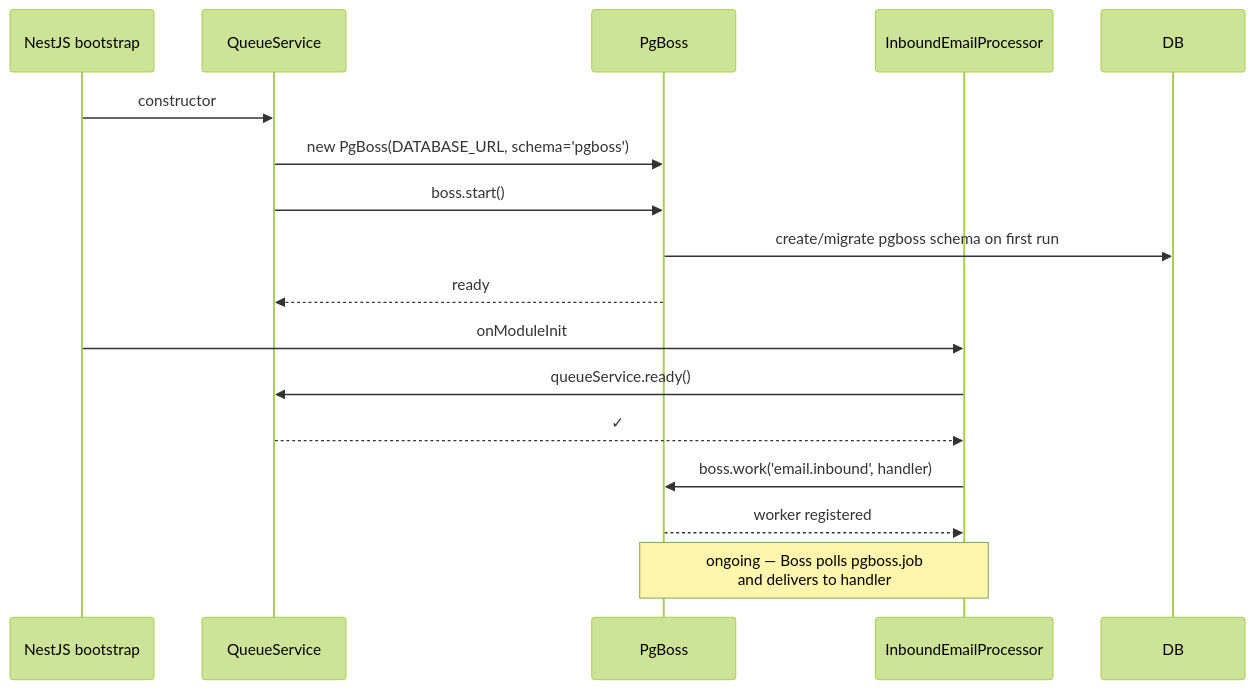
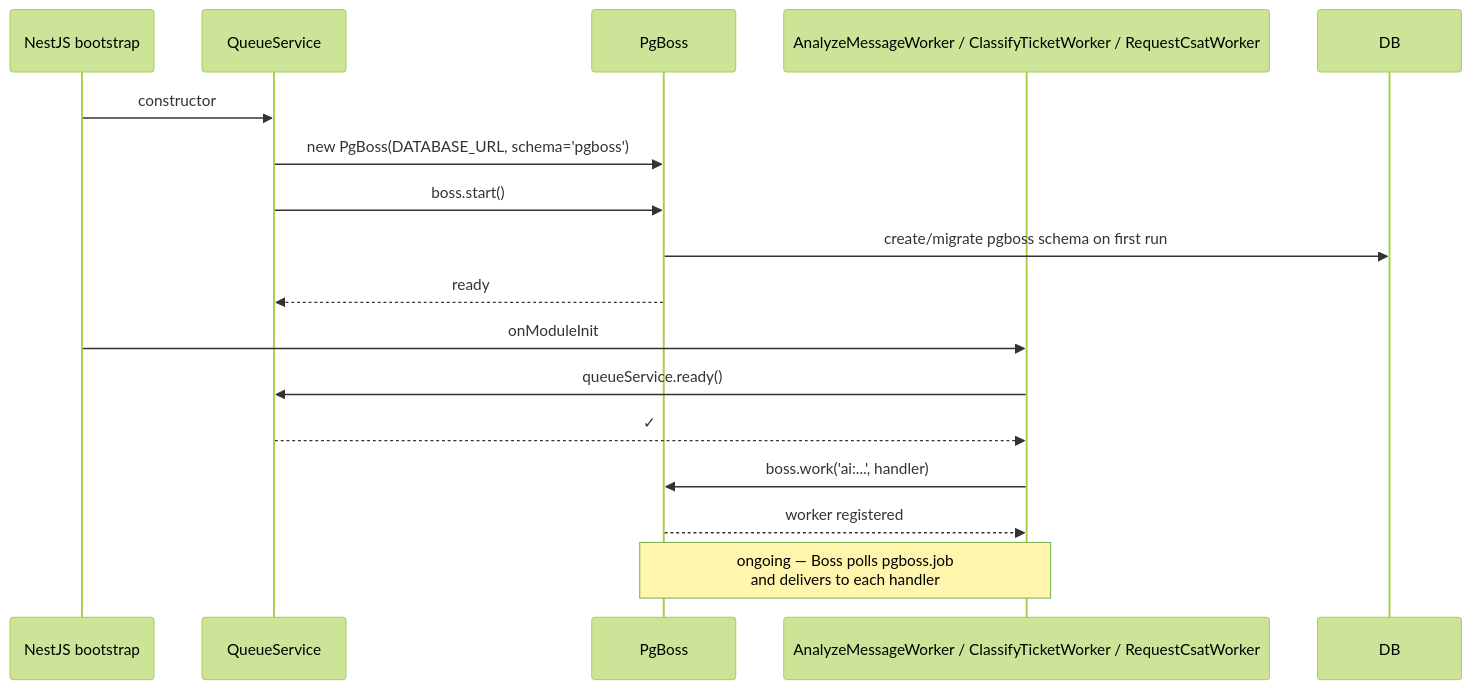
One commit to Vignesh-Siva96/tmr_athena changed the diagram in docs/atlas/queue.md. Above: the diagram before and after it, drawn with Mermaid (forest theme). The commit also changed other lines of this file and 164 other files, not shown here.

````diff
--- a/docs/atlas/queue.md
+++ b/docs/atlas/queue.md
@@ -32,20 +40,20 @@
 ```mermaid
 sequenceDiagram
   participant Nest as NestJS bootstrap
   participant Q as QueueService
   participant Boss as PgBoss
-  participant Worker as InboundEmailProcessor
+  participant Worker as AnalyzeMessageWorker / ClassifyTicketWorker / RequestCsatWorker
 
   Nest->>Q: constructor
   Q->>Boss: new PgBoss(DATABASE_URL, schema='pgboss')
   Q->>Boss: boss.start()
   Boss->>DB: create/migrate pgboss schema on first run
   Boss-->>Q: ready
   Nest->>Worker: onModuleInit
   Worker->>Q: queueService.ready()
   Q-->>Worker: ✓
-  Worker->>Boss: boss.work('email.inbound', handler)
+  Worker->>Boss: boss.work('ai:...', handler)
   Boss-->>Worker: worker registered
 
-  Note over Boss,Worker: ongoing — Boss polls pgboss.job<br/>and delivers to handler
+  Note over Boss,Worker: ongoing — Boss polls pgboss.job<br/>and delivers to each handler
 ```
````
